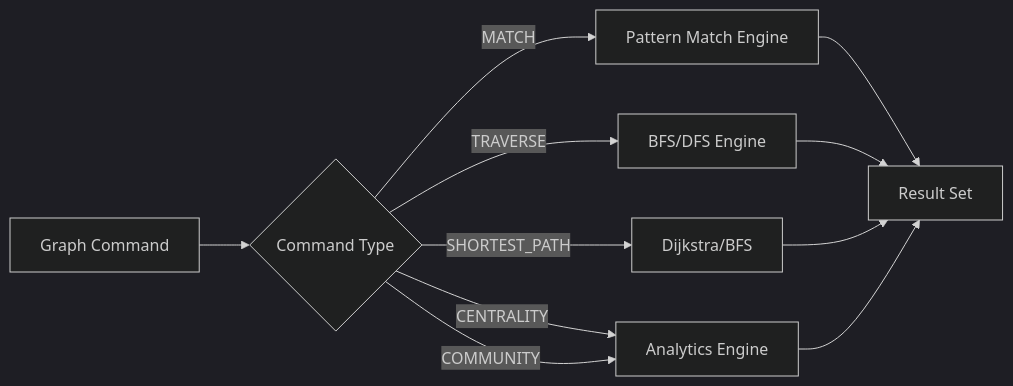
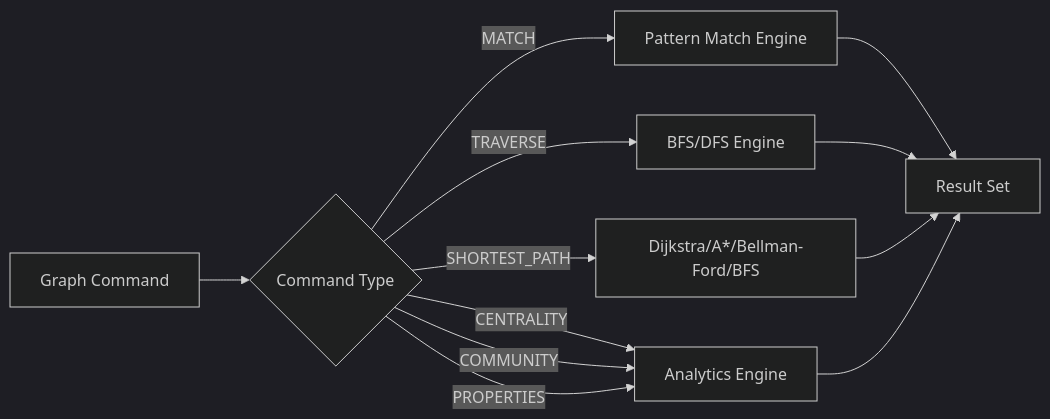
The diagram in docs/query/graph-commands.md (reddb-io/reddb), drawn with Mermaid (dark theme) before and after one commit. The commit also changed other lines of this file and 25 other files, not shown here.

First line of the commit message:
feat: graph properties command + query command surface

````diff
--- a/docs/query/graph-commands.md
+++ b/docs/query/graph-commands.md
@@ -146,13 +160,14 @@
 ```mermaid
 flowchart LR
     A[Graph Command] --> B{Command Type}
     B -->|MATCH| C[Pattern Match Engine]
     B -->|TRAVERSE| D[BFS/DFS Engine]
-    B -->|SHORTEST_PATH| E[Dijkstra/BFS]
+    B -->|SHORTEST_PATH| E[Dijkstra/A*/Bellman-Ford/BFS]
     B -->|CENTRALITY| F[Analytics Engine]
     B -->|COMMUNITY| F
+    B -->|PROPERTIES| F
     C --> G[Result Set]
     D --> G
     E --> G
     F --> G
 ```
````
